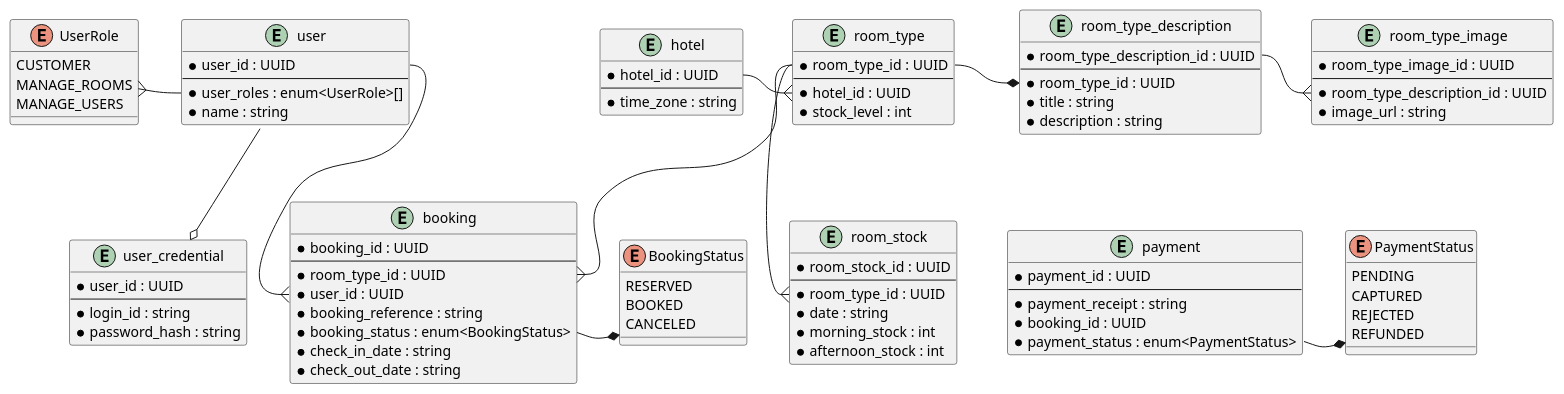
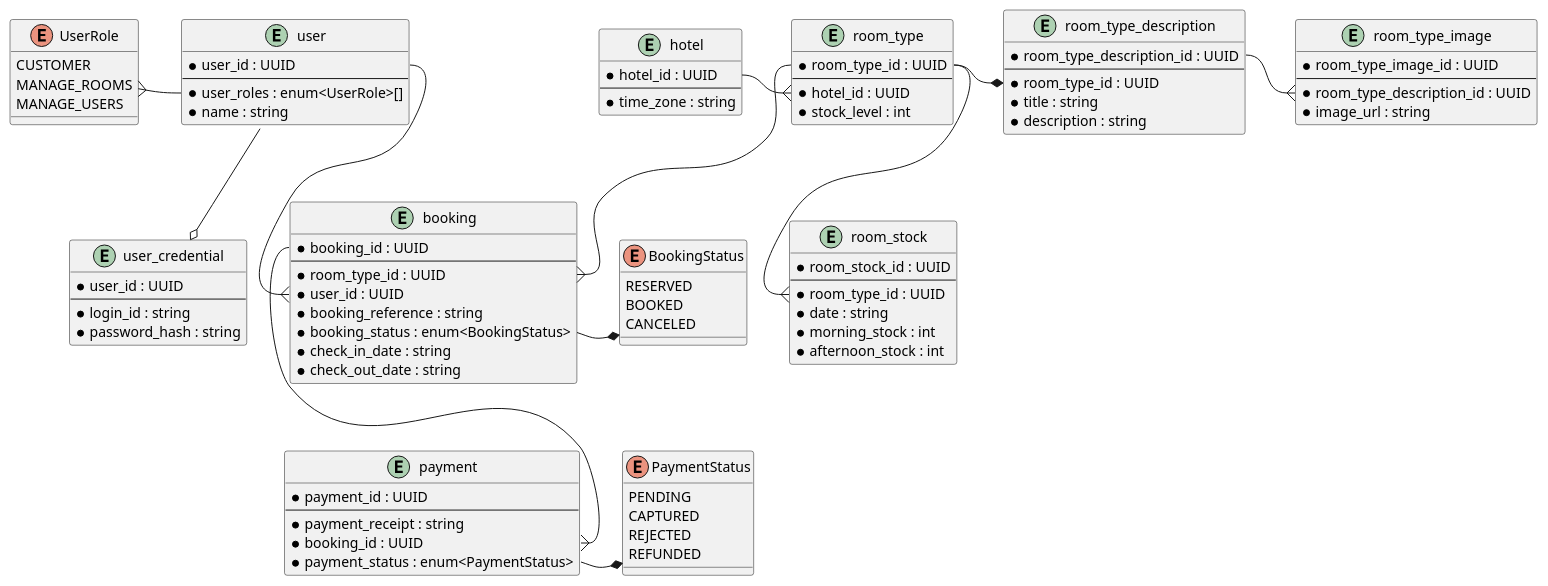
Before and after one commit to Samour/hotel-booking: the diagram in be/db_schema.puml, drawn with PlantUML.

Commit message:
Add missing relation to ERD

```diff
--- a/be/db_schema.puml
+++ b/be/db_schema.puml
@@ -1,119 +1,118 @@
 @startuml
 
 'User
 
 enum UserRole {
     CUSTOMER
     MANAGE_ROOMS
     MANAGE_USERS
 }
 
 entity user_credential {
     * user_id : UUID
     --
     * login_id : string
     * password_hash : string
 }
 
 entity user {
     * user_id : UUID
     --
     * user_roles : enum<UserRole>[]
     * name : string
 }
 
 user --o user_credential
 UserRole }- user::user_roles
 
 'Room
 
 entity hotel {
     * hotel_id : UUID
     --
     * time_zone : string
 }
 
 entity room_type {
     * room_type_id : UUID
     --
     * hotel_id : UUID
     * stock_level : int
 }
 
 hotel::hotel_id -{ room_type::hotel_id
 
 entity room_type_description {
     * room_type_description_id : UUID
     --
     * room_type_id : UUID
     * title : string
     * description : string
 }
 
 room_type::room_type_id -* room_type_description::room_type_id
 
 entity room_type_image {
     * room_type_image_id : UUID
     --
     * room_type_description_id : UUID
     * image_url : string
 }
 
 room_type_description::room_type_description_id -{ room_type_image::room_type_description_id
 
 entity room_stock {
     * room_stock_id : UUID
     --
     * room_type_id : UUID
     * date : string
     * morning_stock : int
     * afternoon_stock : int
 }
 
 room_type::room_type_id --{ room_stock::room_type_id
 
 'Booking
 
 enum BookingStatus {
     RESERVED
     BOOKED
     CANCELED
 }
 
 entity booking {
     * booking_id : UUID
     --
     * room_type_id : UUID
     * user_id : UUID
     * booking_reference : string
     * booking_status : enum<BookingStatus>
     * check_in_date : string
     * check_out_date : string
 }
 
 booking::booking_status -* BookingStatus
 user::user_id --{ booking::user_id
 room_type::room_type_id --{ booking::room_type_id
 
 'Payment
 
 enum PaymentStatus {
     PENDING
     CAPTURED
     REJECTED
     REFUNDED
 }
 
 entity payment {
     * payment_id : UUID
     --
     * payment_receipt : string
     * booking_id : UUID
     * payment_status : enum<PaymentStatus>
 }
 
 payment::payment_status -* PaymentStatus
-
-room_type_description -[hidden]- payment
+booking::booking_id --{ payment::booking_id
 
 @enduml
```
